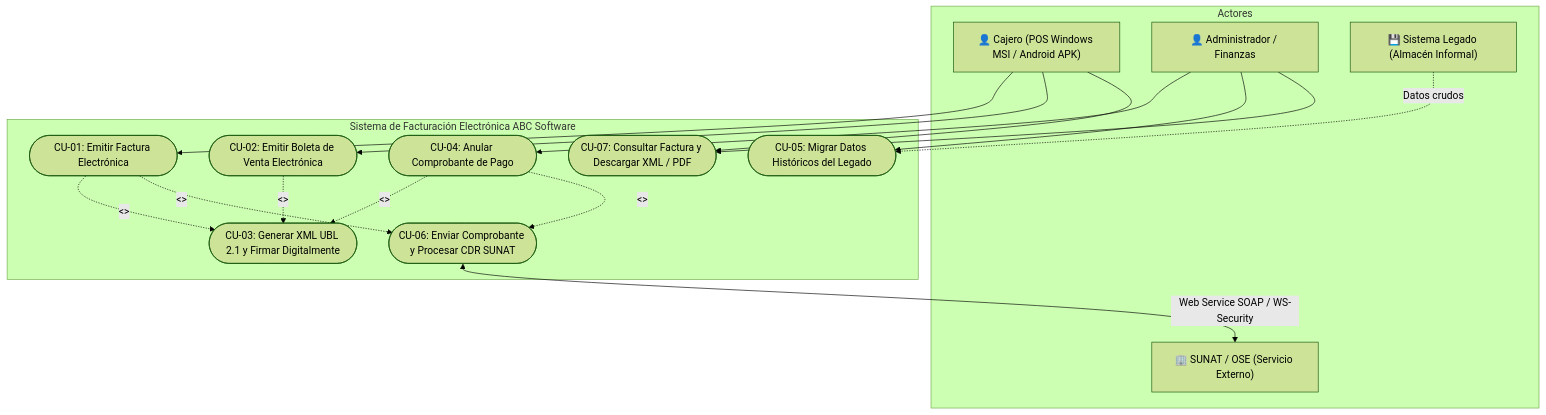
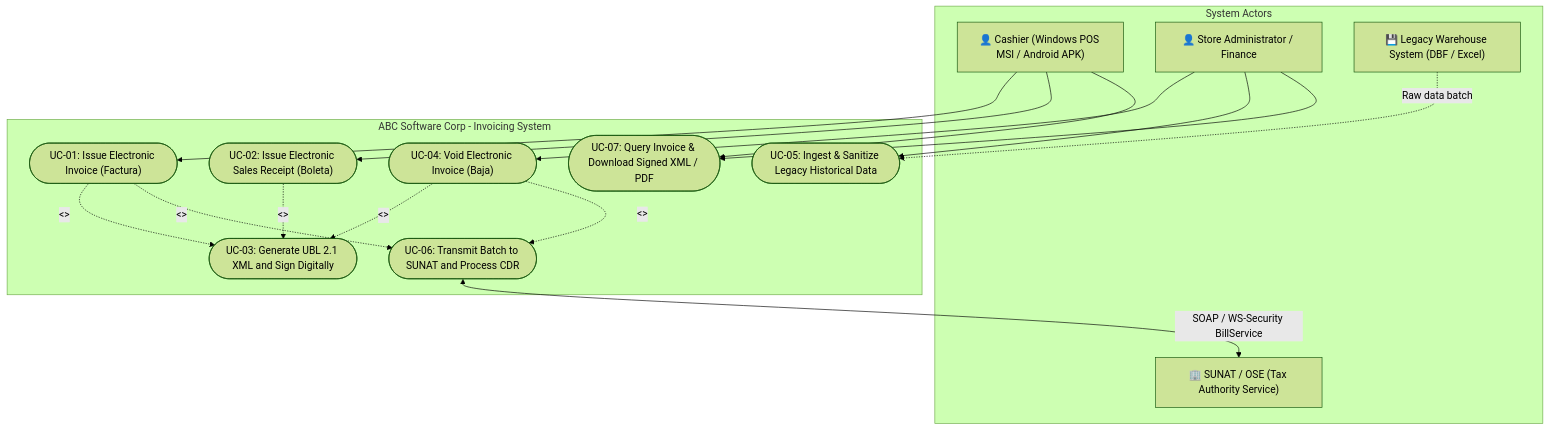
One commit to Geralni/ABSsoftware changed the diagram in docs/01_casos_de_uso/casos_de_uso.md. Above: the diagram before and after it, drawn with Mermaid (forest theme). The commit also changed other lines of this file and 23 other files, not shown here.

````diff
--- a/docs/01_casos_de_uso/casos_de_uso.md
+++ b/docs/01_casos_de_uso/casos_de_uso.md
@@ -23,41 +24,41 @@
 ```mermaid
 flowchart TD
-    %% Actores
-    subgraph Actores
-        Cajero["👤 Cajero (POS Windows MSI / Android APK)"]
-        Admin["👤 Administrador / Finanzas"]
-        Sunat["🏢 SUNAT / OSE (Servicio Externo)"]
-        Legado["💾 Sistema Legado (Almacén Informal)"]
+    %% Actors
+    subgraph Actors["System Actors"]
+        Cashier["👤 Cashier (Windows POS MSI / Android APK)"]
+        Admin["👤 Store Administrator / Finance"]
+        Sunat["🏢 SUNAT / OSE (Tax Authority Service)"]
+        Legacy["💾 Legacy Warehouse System (DBF / Excel)"]
     end
 
-    %% Casos de Uso
-    subgraph Sistema_ABC_Software["Sistema de Facturación Electrónica ABC Software"]
-        CU01(["CU-01: Emitir Factura Electrónica"])
-        CU02(["CU-02: Emitir Boleta de Venta Electrónica"])
-        CU03(["CU-03: Generar XML UBL 2.1 y Firmar Digitalmente"])
-        CU04(["CU-04: Anular Comprobante de Pago"])
-        CU05(["CU-05: Migrar Datos Históricos del Legado"])
-        CU06(["CU-06: Enviar Comprobante y Procesar CDR SUNAT"])
-        CU07(["CU-07: Consultar Factura y Descargar XML / PDF"])
+    %% Use Cases
+    subgraph ABC_Invoicing_System["ABC Software Corp - Invoicing System"]
+        UC01(["UC-01: Issue Electronic Invoice (Factura)"])
+        UC02(["UC-02: Issue Electronic Sales Receipt (Boleta)"])
+        UC03(["UC-03: Generate UBL 2.1 XML and Sign Digitally"])
+        UC04(["UC-04: Void Electronic Invoice (Baja)"])
+        UC05(["UC-05: Ingest & Sanitize Legacy Historical Data"])
+        UC06(["UC-06: Transmit Batch to SUNAT and Process CDR"])
+        UC07(["UC-07: Query Invoice & Download Signed XML / PDF"])
     end
 
-    %% Interacciones
-    Cajero --> CU01
-    Cajero --> CU02
-    Cajero --> CU07
+    %% Actor Interactions
+    Cashier --> UC01
+    Cashier --> UC02
+    Cashier --> UC07
     
-    Admin --> CU04
-    Admin --> CU05
-    Admin --> CU07
+    Admin --> UC04
+    Admin --> UC05
+    Admin --> UC07
 
-    Legado -.->|Datos crudos| CU05
+    Legacy -.->|Raw data batch| UC05
 
-    %% Dependencias Funcionales
-    CU01 -.->|<<include>>| CU03
-    CU02 -.->|<<include>>| CU03
-    CU01 -.->|<<include>>| CU06
-    CU04 -.->|<<include>>| CU03
-    CU04 -.->|<<include>>| CU06
+    %% Functional Inclusions
+    UC01 -.->|<<include>>| UC03
+    UC02 -.->|<<include>>| UC03
+    UC01 -.->|<<include>>| UC06
+    UC04 -.->|<<include>>| UC03
+    UC04 -.->|<<include>>| UC06
 
-    CU06 <-->|Web Service SOAP / WS-Security| Sunat
+    UC06 <-->|SOAP / WS-Security BillService| Sunat
 ```
````
